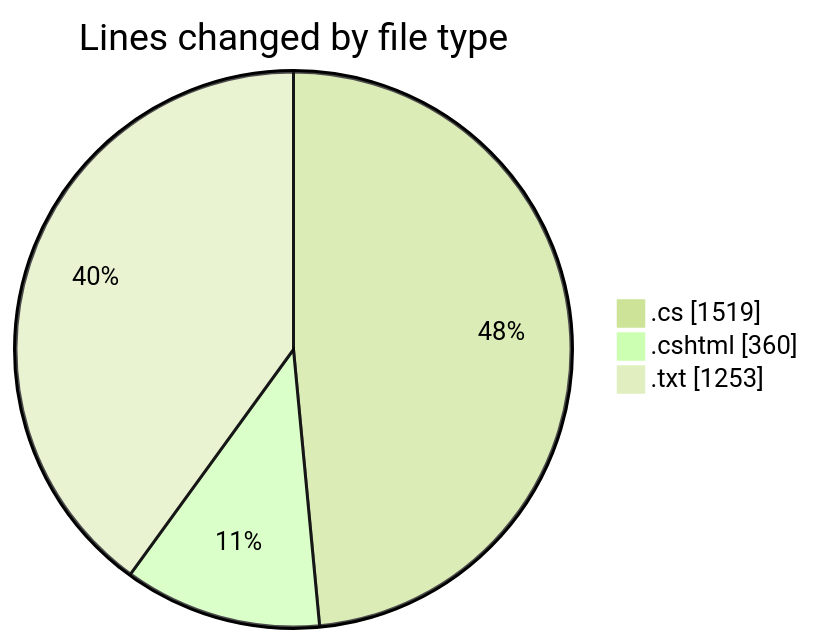
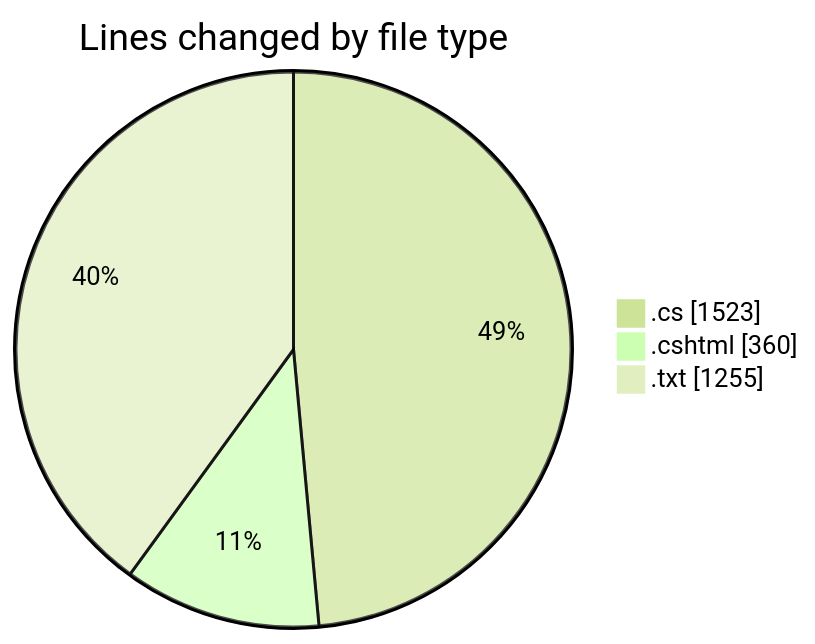
Before and after one commit to lephambinh05/code-tracking: the first of 2 diagrams in 2025-07-24/quanlyrapchieuphim-1/README.md, drawn with Mermaid (forest theme). The commit also changed other lines of this file and 1 other file, not shown here.

````diff
--- a/2025-07-24/quanlyrapchieuphim-1/README.md
+++ b/2025-07-24/quanlyrapchieuphim-1/README.md
@@ -26,7 +26,7 @@
 ```mermaid
 pie showData
 title Lines changed by file type
-".cs" : 1519
+".cs" : 1523
 ".cshtml" : 360
-".txt" : 1253
+".txt" : 1255
 ```
````
